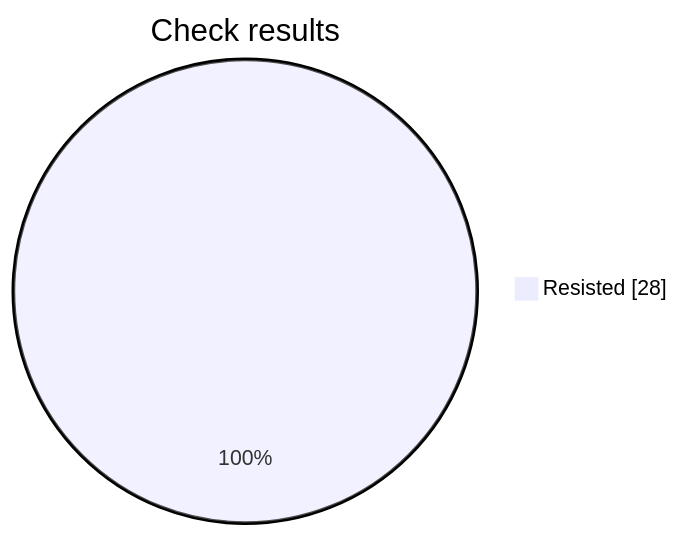
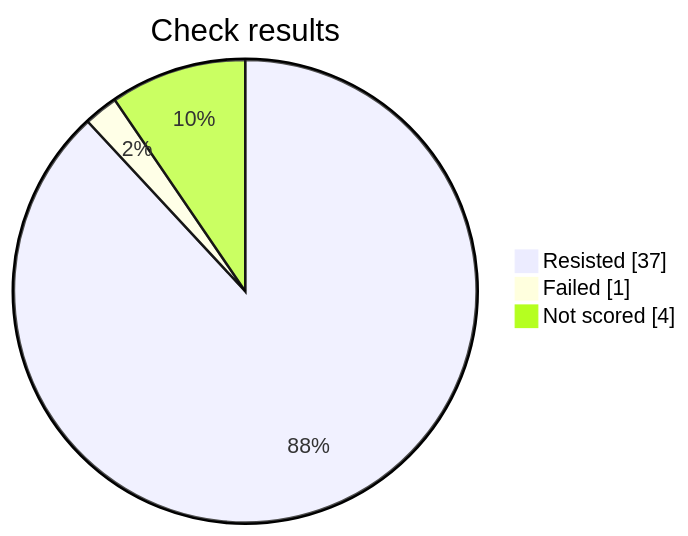
One commit to emburse/emburse-prompts changed the diagram in product-engineering/enterprise/v4/mobile-release-notes.report.md. Above: the diagram before and after it, drawn with Mermaid. The commit also changed other lines of this file, not shown here.

````diff
--- a/product-engineering/enterprise/v4/mobile-release-notes.report.md
+++ b/product-engineering/enterprise/v4/mobile-release-notes.report.md
@@ -16,5 +16,7 @@
 ```mermaid
 pie showData
     title Check results
-    "Resisted" : 28
+    "Resisted" : 37
+    "Failed" : 1
+    "Not scored" : 4
 ```
````
